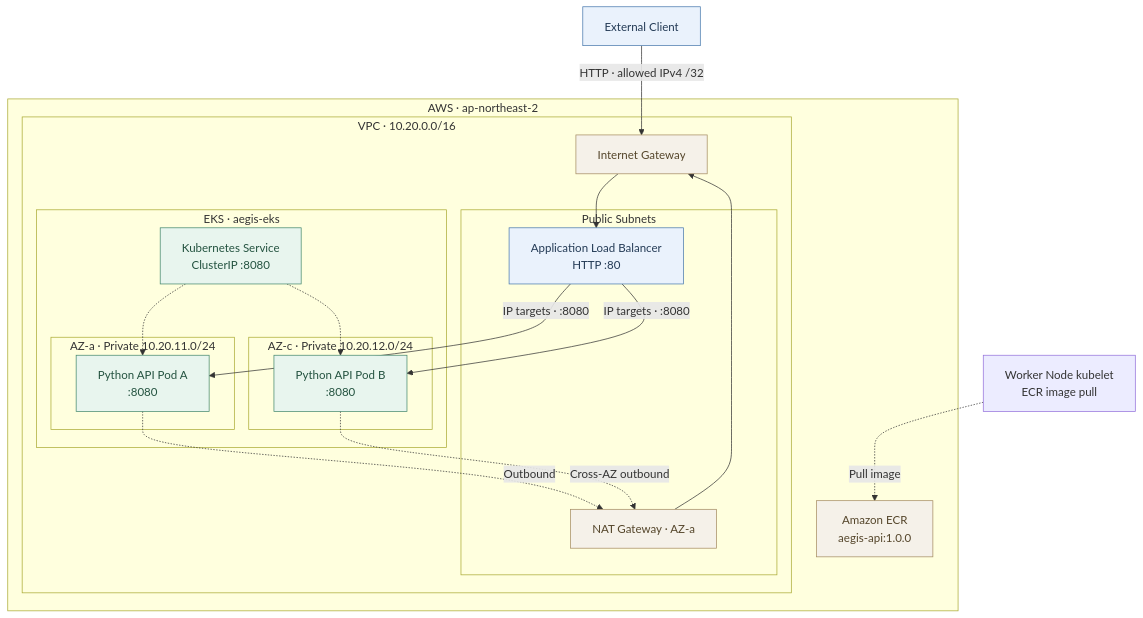
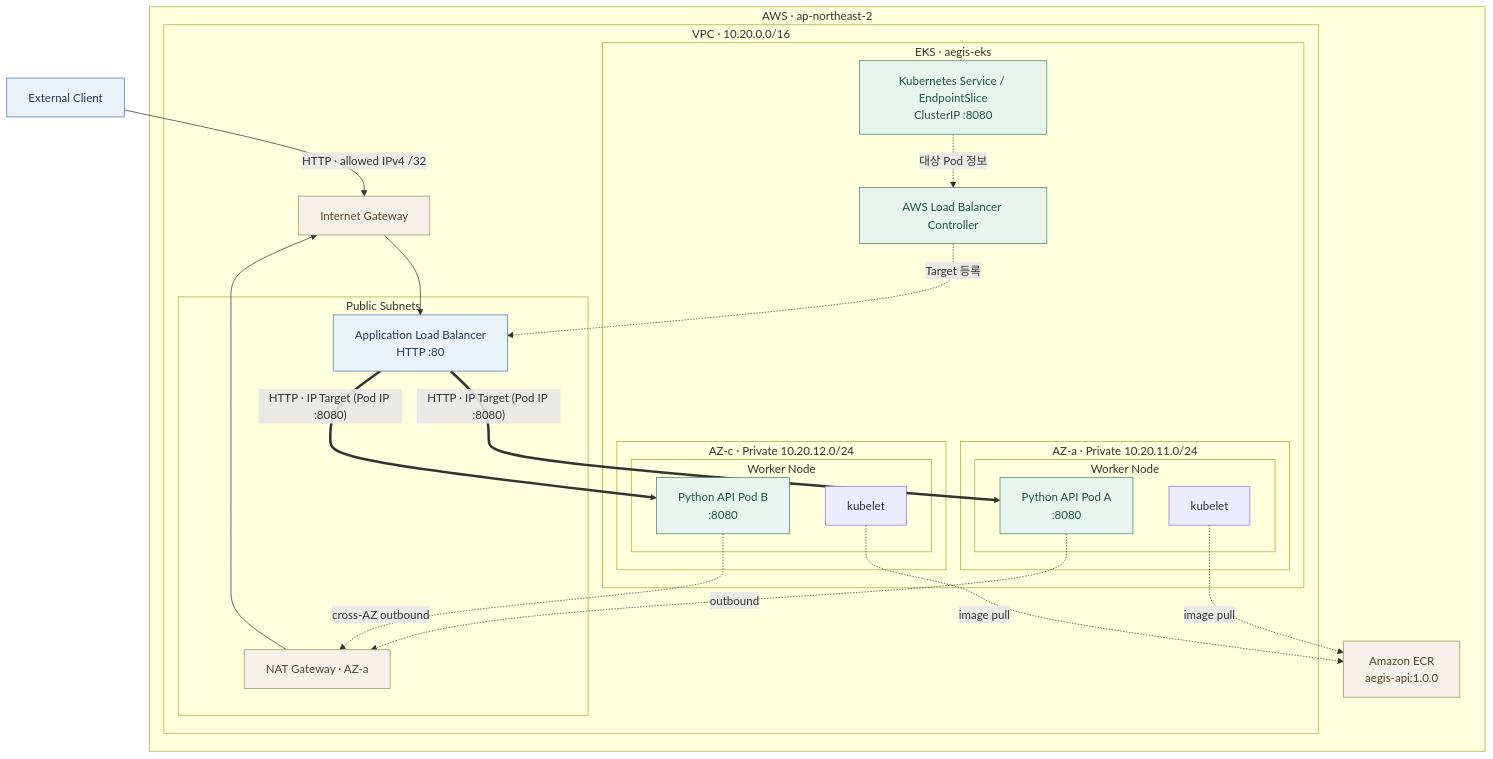
Before and after one commit to wogur202/infrastructure-engineering-lab: the diagram in investigations/06-aws-eks-infrastructure/README.md, drawn with Mermaid. The commit also changed other lines of this file and 1 other file, not shown here.

First line of the commit message:
docs(06): 도입 정리, NAT 판단 앞으로, 아키텍처 연결 관계 보정, EIP 복구 구성, 한계 재배치, Target Group 표현 수정

````diff
--- a/investigations/06-aws-eks-infrastructure/README.md
+++ b/investigations/06-aws-eks-infrastructure/README.md
@@ -11,50 +13,57 @@
 ```mermaid
 flowchart TB
     USER["External Client"]
 
     subgraph AWS["AWS · ap-northeast-2"]
         ECR["Amazon ECR<br/>aegis-api:1.0.0"]
 
         subgraph VPC["VPC · 10.20.0.0/16"]
             IGW["Internet Gateway"]
 
             subgraph PUBLIC["Public Subnets"]
                 ALB["Application Load Balancer<br/>HTTP :80"]
                 NAT["NAT Gateway · AZ-a"]
             end
 
             subgraph EKS["EKS · aegis-eks"]
-                SVC["Kubernetes Service<br/>ClusterIP :8080"]
+                SVC["Kubernetes Service / EndpointSlice<br/>ClusterIP :8080"]
+                CTRL["AWS Load Balancer Controller"]
 
                 subgraph AZA["AZ-a · Private 10.20.11.0/24"]
-                    PODA["Python API Pod A<br/>:8080"]
+                    subgraph NODEA["Worker Node"]
+                        KA["kubelet"]
+                        PODA["Python API Pod A<br/>:8080"]
+                    end
                 end
 
                 subgraph AZC["AZ-c · Private 10.20.12.0/24"]
-                    PODB["Python API Pod B<br/>:8080"]
+                    subgraph NODEC["Worker Node"]
+                        KC["kubelet"]
+                        PODB["Python API Pod B<br/>:8080"]
+                    end
                 end
             end
         end
     end
 
     USER -->|"HTTP · allowed IPv4 /32"| IGW
     IGW --> ALB
-    ALB -->|"IP targets · :8080"| PODA
-    ALB -->|"IP targets · :8080"| PODB
+    ALB ==>|"HTTP · IP Target (Pod IP :8080)"| PODA
+    ALB ==>|"HTTP · IP Target (Pod IP :8080)"| PODB
 
-    SVC -.-> PODA
-    SVC -.-> PODB
-    KUBELET["Worker Node kubelet<br/>ECR image pull"]
-    KUBELET -.->|"Pull image"| ECR
-    PODA -.->|"Outbound"| NAT
-    PODB -.->|"Cross-AZ outbound"| NAT
+    SVC -.->|"대상 Pod 정보"| CTRL
+    CTRL -.->|"Target 등록"| ALB
+    KA -.->|"image pull"| ECR
+    KC -.->|"image pull"| ECR
+    PODA -.->|"outbound"| NAT
+    PODB -.->|"cross-AZ outbound"| NAT
     NAT --> IGW
 
     classDef frontend fill:#eaf2fc,stroke:#4778ac,color:#243b56
     classDef workload fill:#e8f5ee,stroke:#43876d,color:#245340
     classDef network fill:#f5f1e9,stroke:#a58c62,color:#55462b
 
     class USER,ALB frontend
-    class PODA,PODB,SVC workload
+    class PODA,PODB,SVC,CTRL workload
     class IGW,NAT,ECR network
 ```
````
